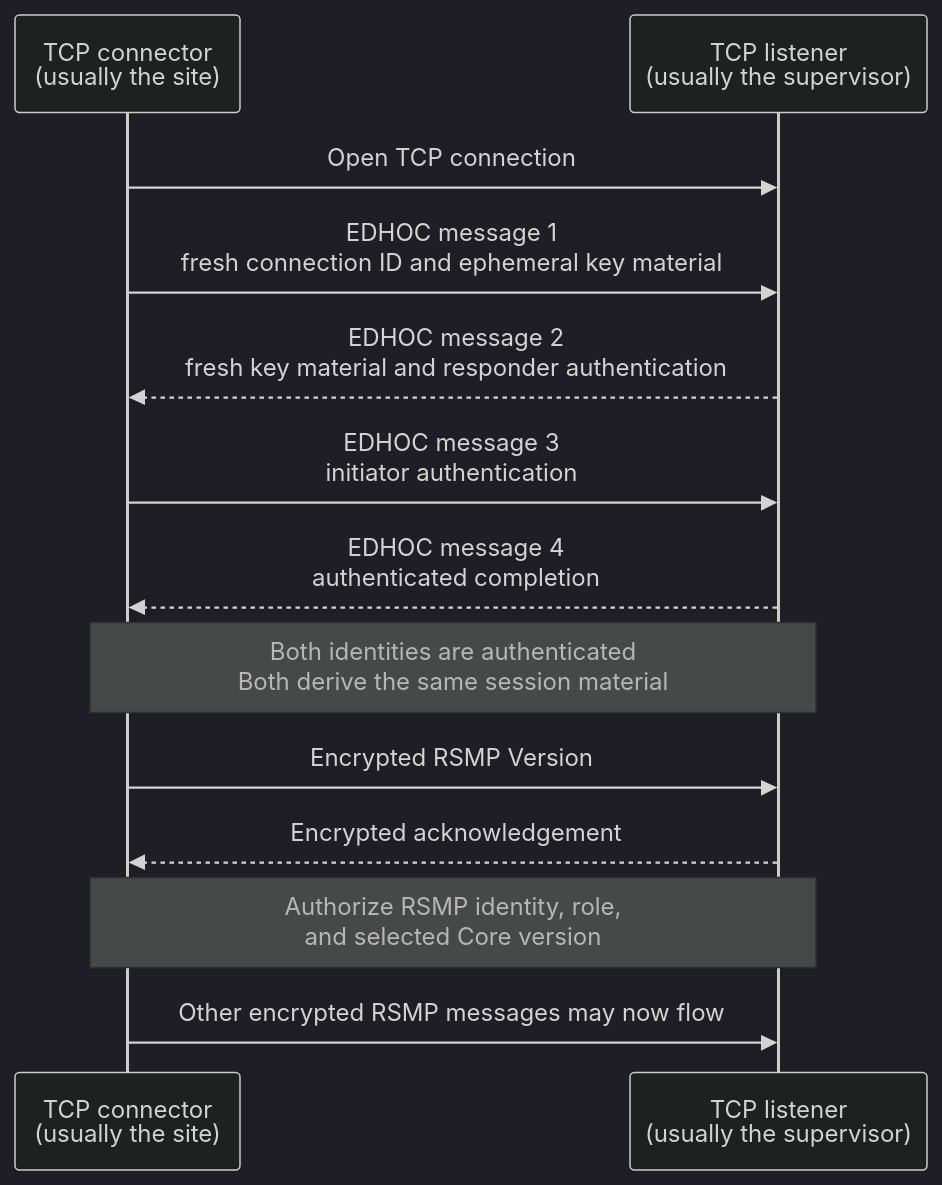
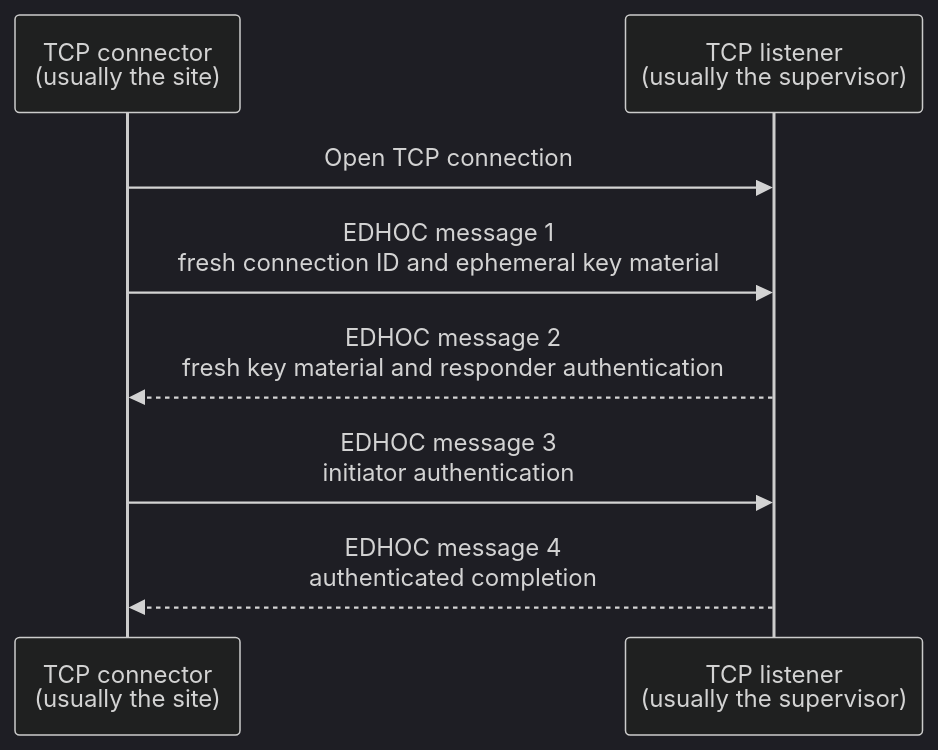
Before and after one commit to rsmp-nordic/rsmp-secure: the third of 8 diagrams in rsmp_secure_v1_explained.md, drawn with Mermaid (dark theme). The commit also changed other lines of this file and 1 other file, not shown here.

Commit message:
clarify the encrypted RSMP Version exchange

````diff
--- a/rsmp_secure_v1_explained.md
+++ b/rsmp_secure_v1_explained.md
@@ -196,18 +196,11 @@
 ```mermaid
 sequenceDiagram
     participant Connector as TCP connector<br/>(usually the site)
     participant Listener as TCP listener<br/>(usually the supervisor)
 
     Connector->>Listener: Open TCP connection
     Connector->>Listener: EDHOC message 1<br/>fresh connection ID and ephemeral key material
     Listener-->>Connector: EDHOC message 2<br/>fresh key material and responder authentication
     Connector->>Listener: EDHOC message 3<br/>initiator authentication
     Listener-->>Connector: EDHOC message 4<br/>authenticated completion
-
-    Note over Connector,Listener: Both identities are authenticated<br/>Both derive the same session material
-
-    Connector->>Listener: Encrypted RSMP Version
-    Listener-->>Connector: Encrypted acknowledgement
-    Note over Connector,Listener: Authorize RSMP identity, role,<br/>and selected Core version
-    Connector->>Listener: Other encrypted RSMP messages may now flow
 ```
````
